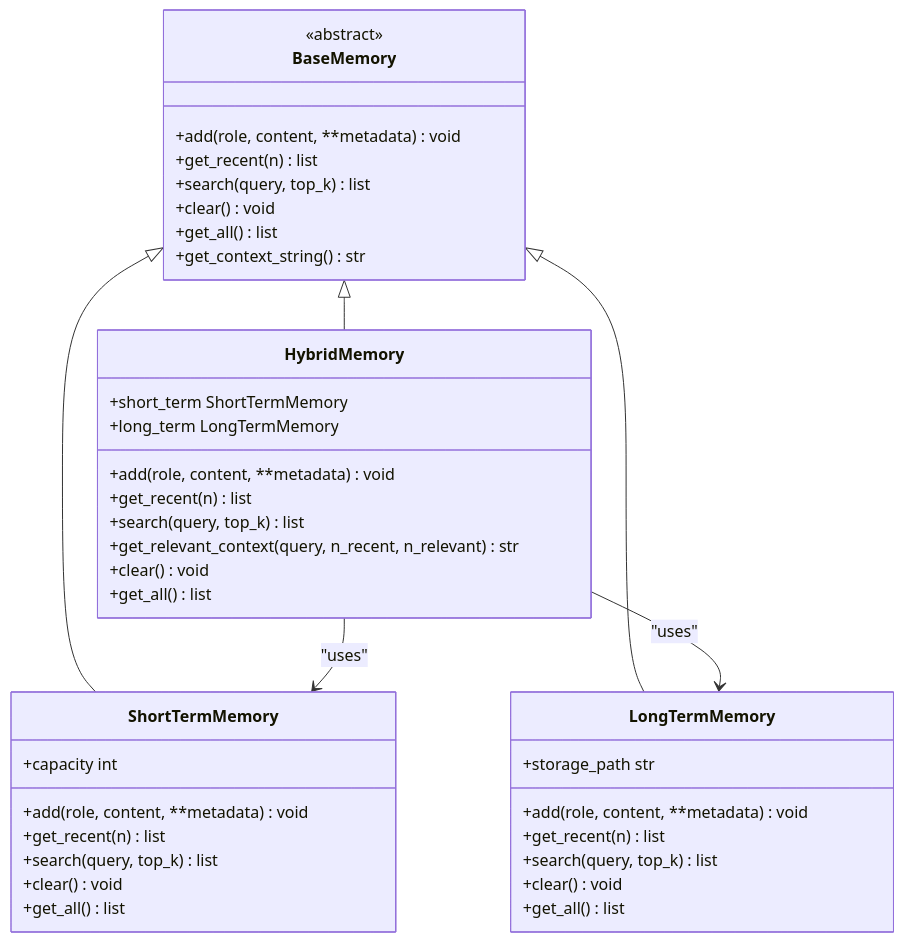
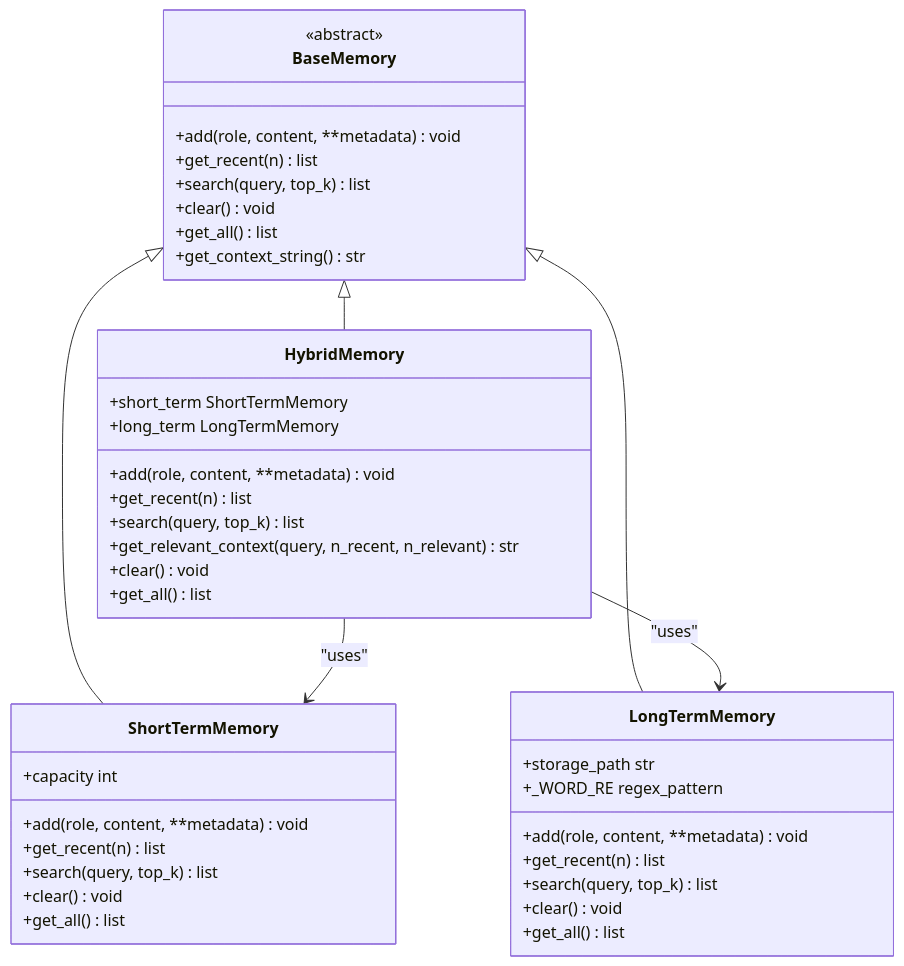
The fifth of 6 diagrams in .qoder/repowiki/en/content/Core Architecture/Memory Architecture/Long-Term Memory.md (1996Paul-Wen/HarnessAIDemo), drawn with Mermaid before and after one commit. The commit also changed other lines of this file and 4 other files, not shown here.

````diff
--- a/.qoder/repowiki/en/content/Core Architecture/Memory Architecture/Long-Term Memory.md
+++ b/.qoder/repowiki/en/content/Core Architecture/Memory Architecture/Long-Term Memory.md
@@ -162,43 +175,44 @@
 ```mermaid
 classDiagram
 class BaseMemory {
 <<abstract>>
 +add(role, content, **metadata) void
 +get_recent(n) list
 +search(query, top_k) list
 +clear() void
 +get_all() list
 +get_context_string() str
 }
 class ShortTermMemory {
 +capacity int
 +add(role, content, **metadata) void
 +get_recent(n) list
 +search(query, top_k) list
 +clear() void
 +get_all() list
 }
 class LongTermMemory {
 +storage_path str
++_WORD_RE regex_pattern
 +add(role, content, **metadata) void
 +get_recent(n) list
 +search(query, top_k) list
 +clear() void
 +get_all() list
 }
 class HybridMemory {
 +short_term ShortTermMemory
 +long_term LongTermMemory
 +add(role, content, **metadata) void
 +get_recent(n) list
 +search(query, top_k) list
 +get_relevant_context(query, n_recent, n_relevant) str
 +clear() void
 +get_all() list
 }
 BaseMemory <|-- ShortTermMemory
 BaseMemory <|-- LongTermMemory
 BaseMemory <|-- HybridMemory
 HybridMemory --> ShortTermMemory : "uses"
 HybridMemory --> LongTermMemory : "uses"
 ```
````
